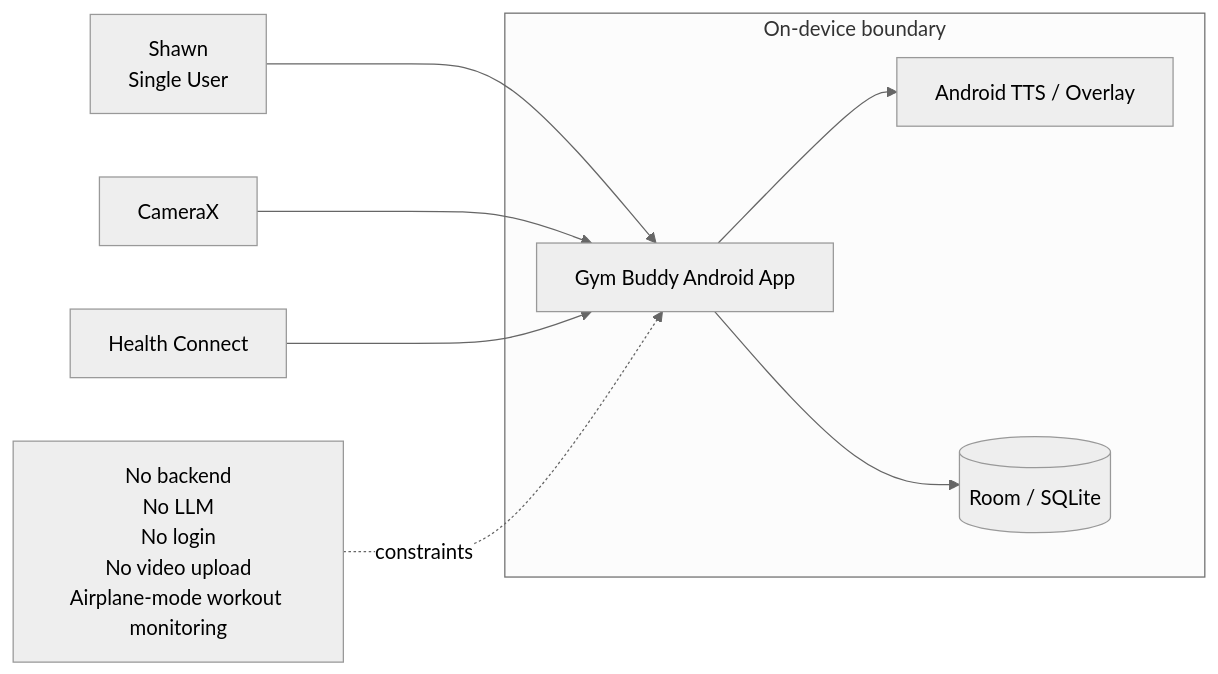
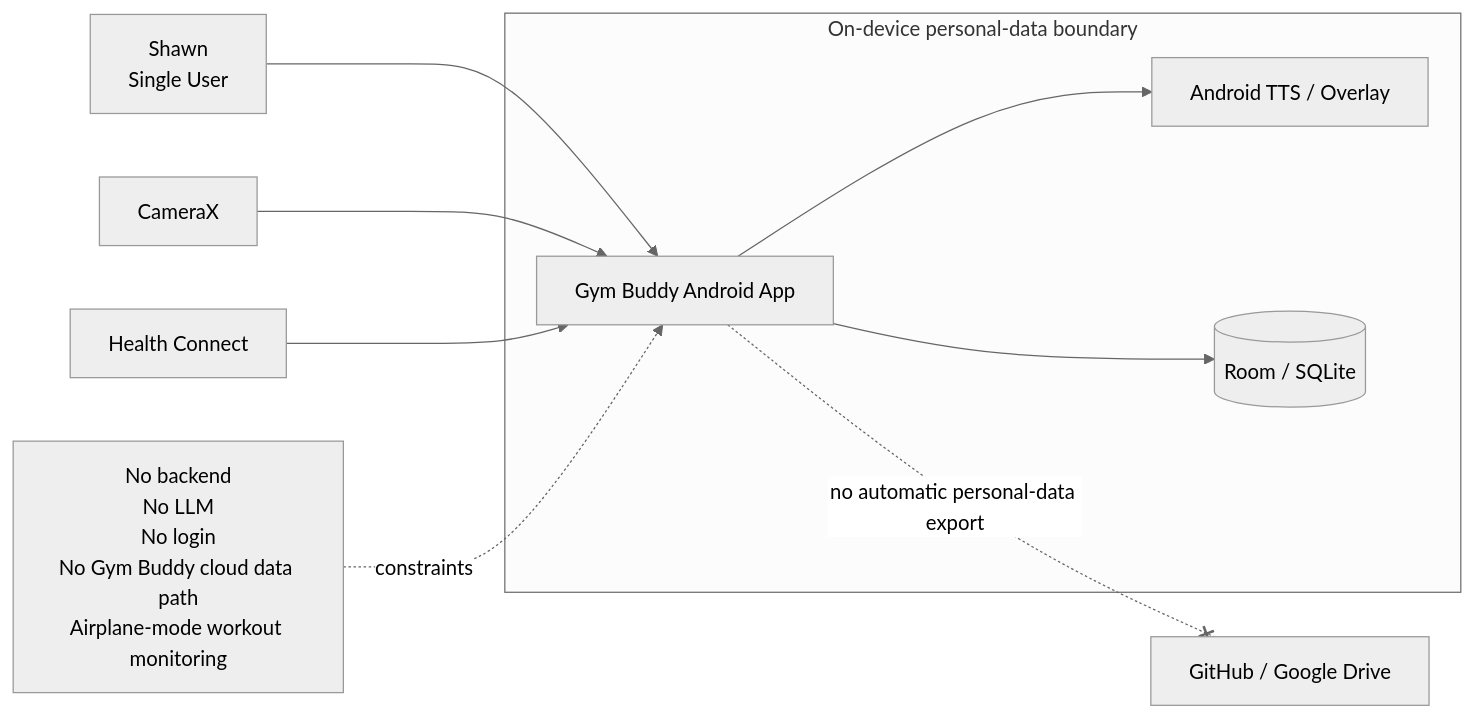
One commit to lazerta/gym-buddy changed the first of 7 diagrams in docs/uml/OVERVIEW.md. Above: the diagram before and after it, drawn with Mermaid (neutral theme). The commit also changed other lines of this file, not shown here.

Commit message:
Update UML overview to v0.3 retention policy

````diff
--- a/docs/uml/OVERVIEW.md
+++ b/docs/uml/OVERVIEW.md
@@ -7,16 +7,17 @@
 ```mermaid
 flowchart LR
     U[Shawn\nSingle User] --> A[Gym Buddy Android App]
     C[CameraX] --> A
     H[Health Connect] --> A
     A --> T[Android TTS / Overlay]
     A --> D[(Room / SQLite)]
 
-    subgraph OnDevice[On-device boundary]
+    subgraph OnDevice[On-device personal-data boundary]
       A
       T
       D
     end
 
-    N[No backend\nNo LLM\nNo login\nNo video upload\nAirplane-mode workout monitoring] -. constraints .-> A
+    N[No backend\nNo LLM\nNo login\nNo Gym Buddy cloud data path\nAirplane-mode workout monitoring] -. constraints .-> A
+    A -. no automatic personal-data export .-x G[GitHub / Google Drive]
 ```
````
